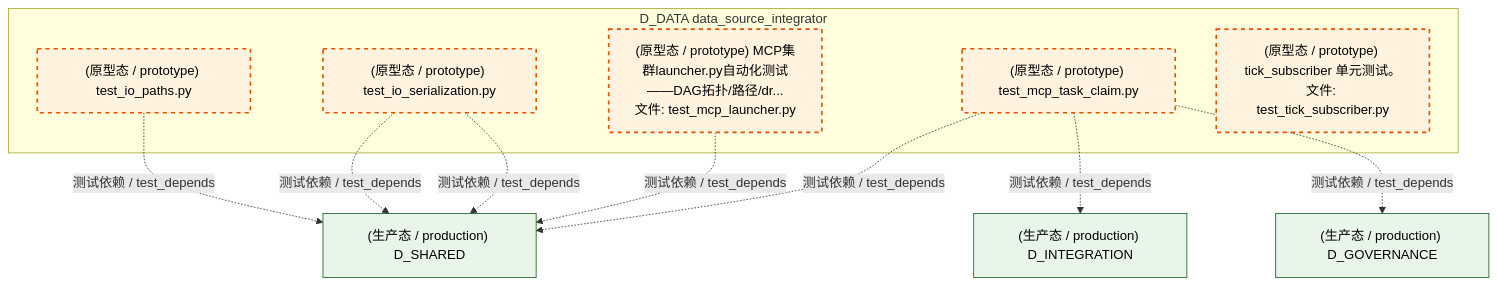
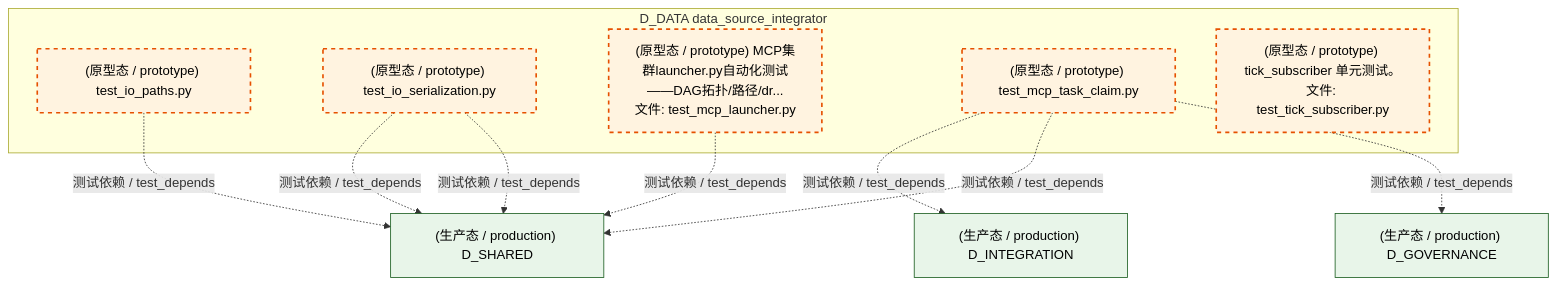
The third of 6 diagrams in docs/02_enterprise_architecture/02_domain_architecture_docs/61_d_data.md (xuanFelixVan/ZephyrAlpha), drawn with Mermaid before and after one commit. The commit also changed other lines of this file and 126 other files, not shown here.

````diff
--- a/docs/02_enterprise_architecture/02_domain_architecture_docs/61_d_data.md
+++ b/docs/02_enterprise_architecture/02_domain_architecture_docs/61_d_data.md
@@ -312,26 +311,26 @@
 ```mermaid
 graph TD
     subgraph D_DATA["D_DATA data_source_integrator"]
         tests_io_test_io_paths_py["(原型态 / prototype) test_io_paths.py"]
         tests_io_test_io_serialization_py["(原型态 / prototype) test_io_serialization.py"]
         tests_io_test_mcp_launcher_py["(原型态 / prototype) MCP集群launcher.py自动化测试——DAG拓扑/路径/dr...<br/>文件: test_mcp_launcher.py"]
         tests_io_test_mcp_task_claim_py["(原型态 / prototype) test_mcp_task_claim.py"]
         tests_zephyr_data_test_tick_subscriber_py["(原型态 / prototype) tick_subscriber 单元测试。<br/>文件: test_tick_subscriber.py"]
     end
+    D_INTEGRATION["(生产态 / production) D_INTEGRATION"]
+    tests_io_test_mcp_task_claim_py -.->|测试依赖 / test_depends| D_INTEGRATION
     D_SHARED["(生产态 / production) D_SHARED"]
+    tests_io_test_mcp_launcher_py -.->|测试依赖 / test_depends| D_SHARED
     tests_io_test_io_serialization_py -.->|测试依赖 / test_depends| D_SHARED
     tests_io_test_mcp_task_claim_py -.->|测试依赖 / test_depends| D_SHARED
-    D_INTEGRATION["(生产态 / production) D_INTEGRATION"]
-    tests_io_test_mcp_task_claim_py -.->|测试依赖 / test_depends| D_INTEGRATION
-    tests_io_test_mcp_launcher_py -.->|测试依赖 / test_depends| D_SHARED
-    tests_io_test_io_serialization_py -.->|测试依赖 / test_depends| D_SHARED
     D_GOVERNANCE["(生产态 / production) D_GOVERNANCE"]
     tests_io_test_mcp_task_claim_py -.->|测试依赖 / test_depends| D_GOVERNANCE
+    tests_io_test_io_serialization_py -.->|测试依赖 / test_depends| D_SHARED
     tests_io_test_io_paths_py -.->|测试依赖 / test_depends| D_SHARED
     classDef production fill:#e1f5fe,stroke:#01579b,stroke-width:2px,color:#000
     classDef design fill:#fff3e0,stroke:#e65100,stroke-width:2px,color:#000,stroke-dasharray: 5 5
     classDef external_prod fill:#e8f5e9,stroke:#1b5e20,stroke-width:1px,color:#000
     classDef external_design fill:#fce4ec,stroke:#880e4f,stroke-width:1px,color:#000,stroke-dasharray: 5 5
     class tests_io_test_io_paths_py,tests_io_test_io_serialization_py,tests_io_test_mcp_launcher_py,tests_io_test_mcp_task_claim_py,tests_zephyr_data_test_tick_subscriber_py design
-    class D_SHARED,D_INTEGRATION,D_GOVERNANCE external_prod
+    class D_INTEGRATION,D_SHARED,D_GOVERNANCE external_prod
 ```
````
